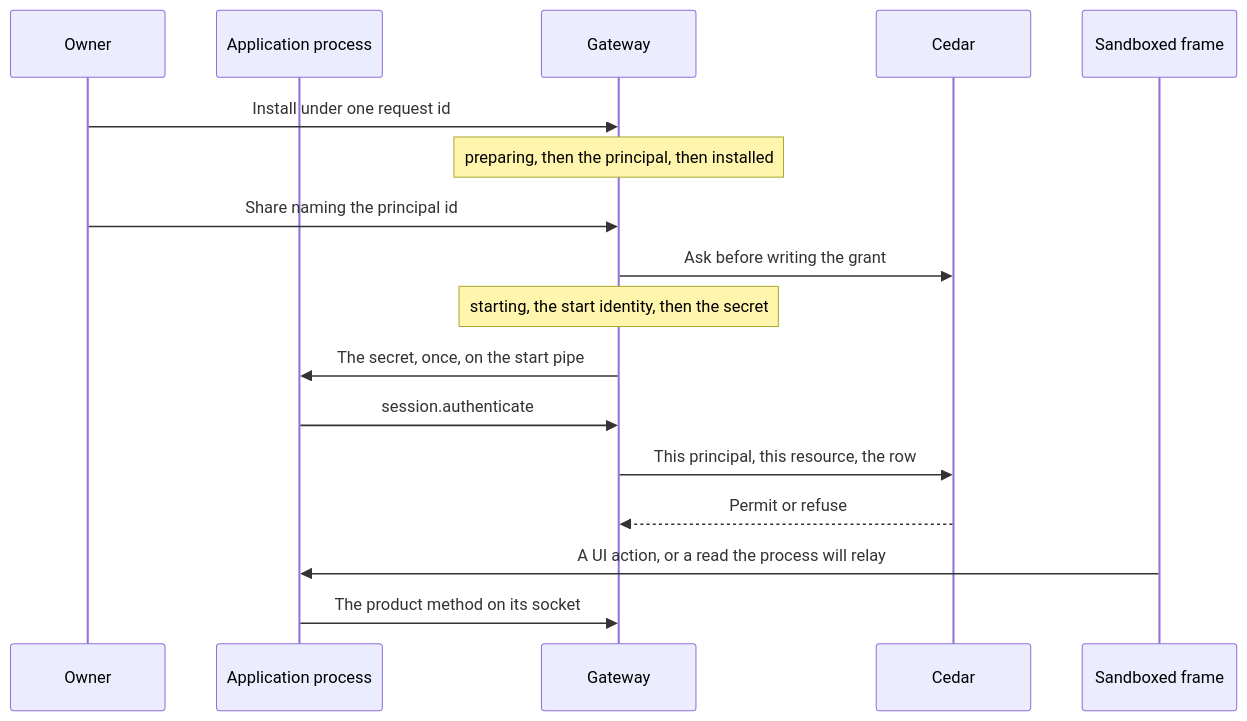
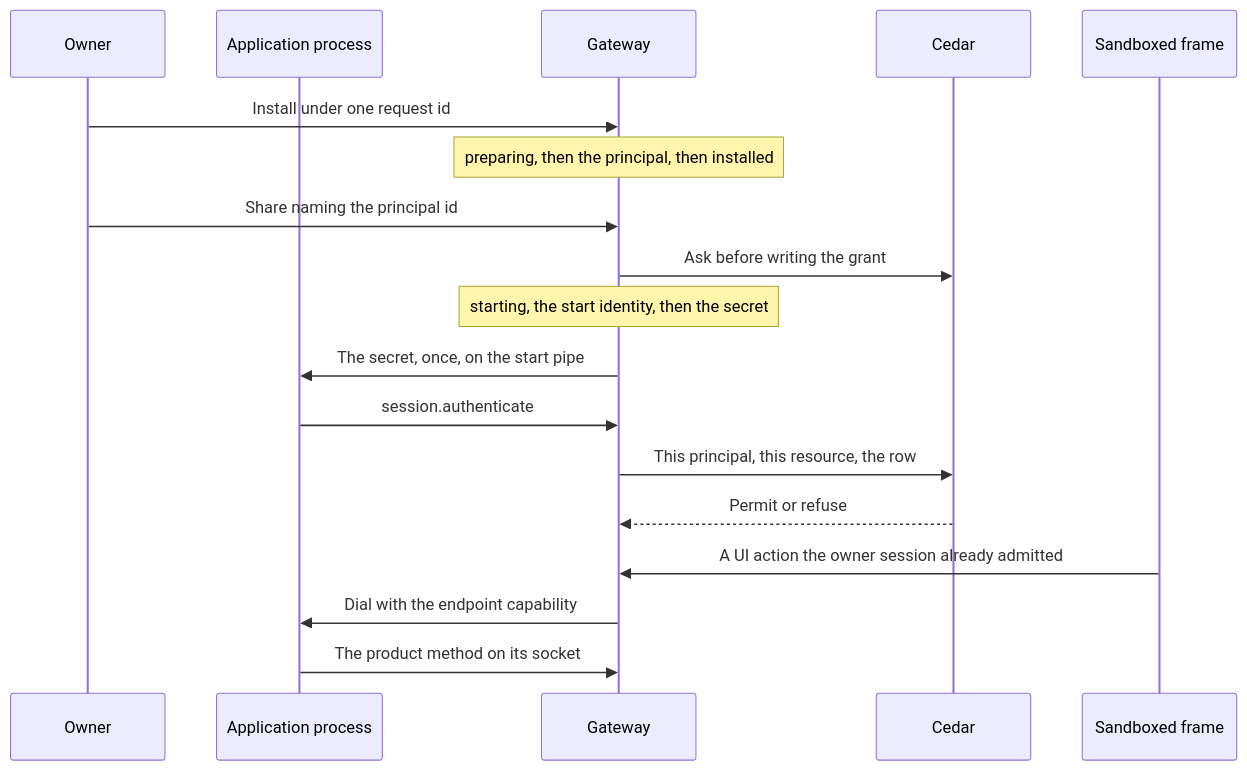
Before and after one commit to nessalabs/nessa-agent: the third of 3 diagrams in docs/design/application-framework.md, drawn with Mermaid. The commit also changed other lines of this file, not shown here.

First line of the commit message:
Give endpoint admission, live issuance, and mixed writes one table each.

````diff
--- a/docs/design/application-framework.md
+++ b/docs/design/application-framework.md
@@ -549,19 +564,20 @@
 ```mermaid
 sequenceDiagram
   participant Owner
   participant Process as Application process
   participant Gateway
   participant Cedar
   participant Frame as Sandboxed frame
   Owner->>Gateway: Install under one request id
   Note over Gateway: preparing, then the principal, then installed
   Owner->>Gateway: Share naming the principal id
   Gateway->>Cedar: Ask before writing the grant
   Note over Gateway: starting, the start identity, then the secret
   Gateway->>Process: The secret, once, on the start pipe
   Process->>Gateway: session.authenticate
   Gateway->>Cedar: This principal, this resource, the row
   Cedar-->>Gateway: Permit or refuse
-  Frame->>Process: A UI action, or a read the process will relay
+  Frame->>Gateway: A UI action the owner session already admitted
+  Gateway->>Process: Dial with the endpoint capability
   Process->>Gateway: The product method on its socket
 ```
````
